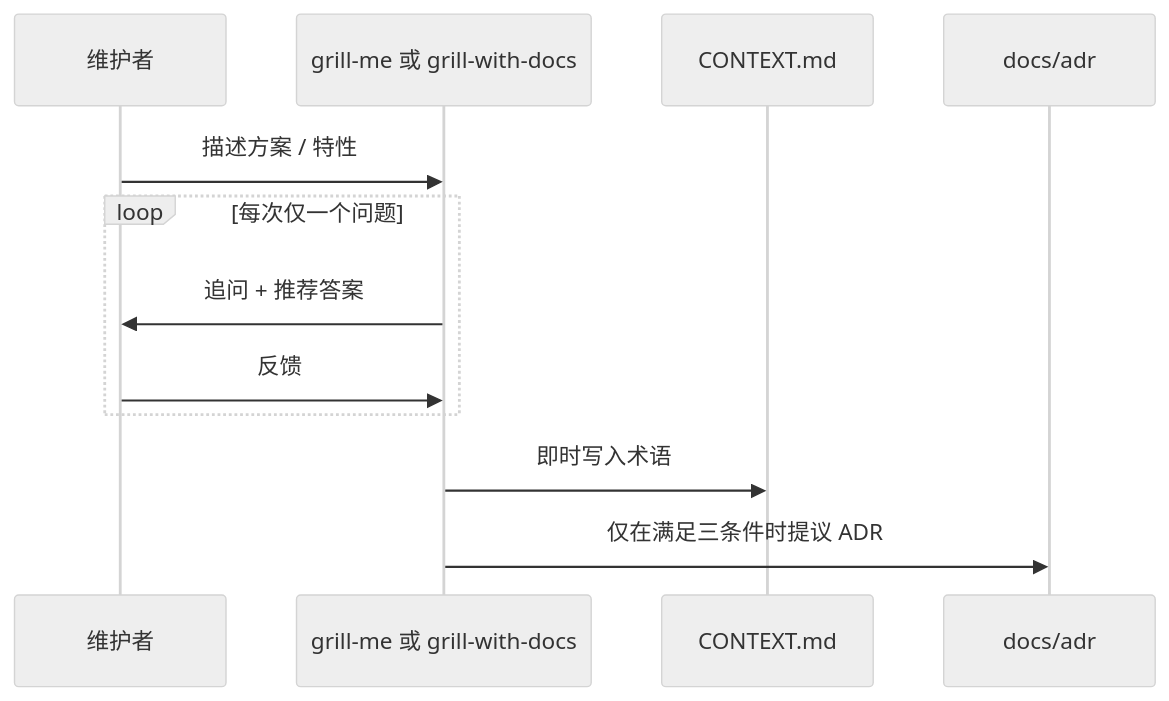
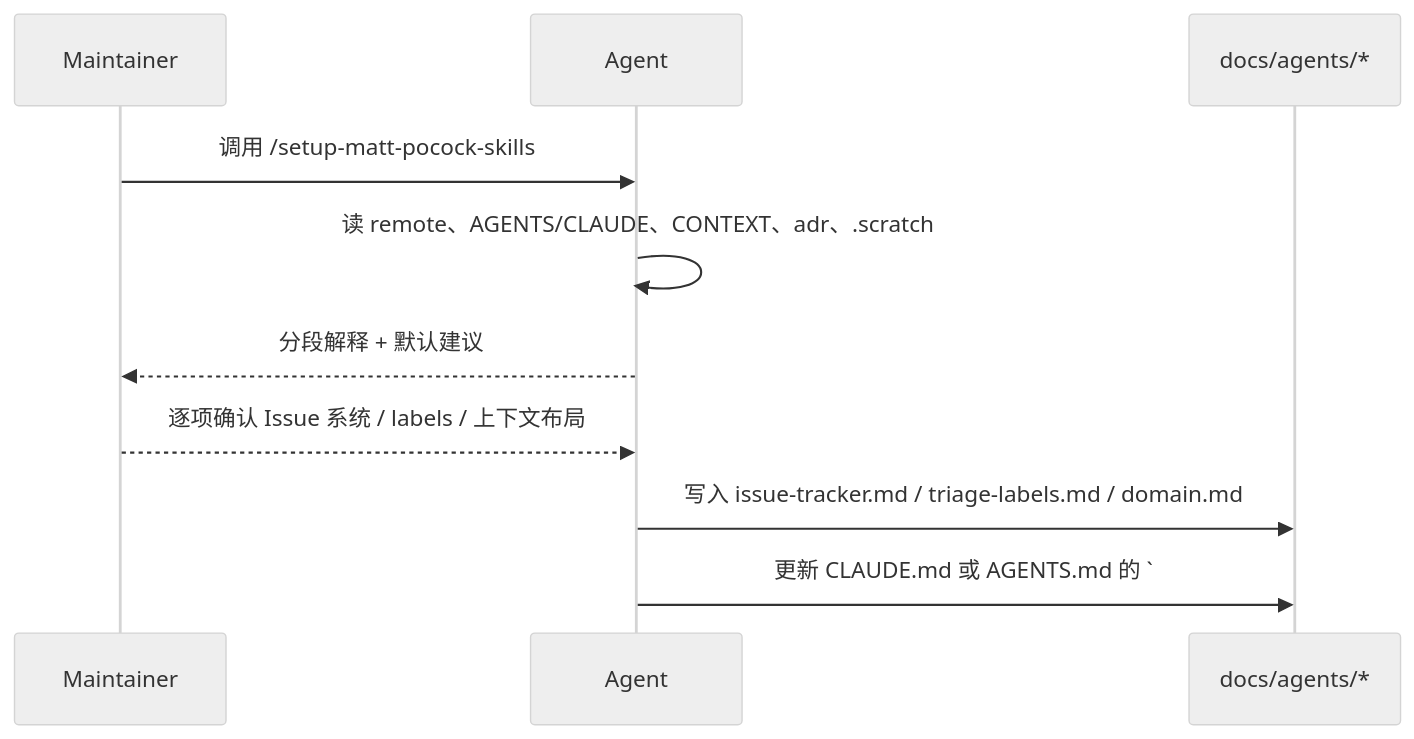
The fifth of 7 diagrams in project-wiki/skills/exports/full-wiki.md (dragonforce2010/awesome-ai-repos-deepwiki), drawn with Mermaid (neutral theme) before and after one commit. The commit also changed other lines of this file and 36 other files, not shown here.

````diff
--- a/project-wiki/skills/exports/full-wiki.md
+++ b/project-wiki/skills/exports/full-wiki.md
@@ -547,14 +678,12 @@
 ```mermaid
 sequenceDiagram
-  participant U as 维护者
-  participant G as grill-me 或 grill-with-docs
-  participant C as CONTEXT.md
-  participant A as docs/adr
-  U->>G: 描述方案 / 特性
-  loop 每次仅一个问题
-    G->>U: 追问 + 推荐答案
-    U->>G: 反馈
-  end
-  G->>C: 即时写入术语
-  G->>A: 仅在满足三条件时提议 ADR
+  participant U as Maintainer
+  participant A as Agent
+  participant FS as docs/agents/*
+  U->>A: 调用 /setup-matt-pocock-skills
+  A->>A: 读 remote、AGENTS/CLAUDE、CONTEXT、adr、.scratch
+  A-->>U: 分段解释 + 默认建议
+  U-->>A: 逐项确认 Issue 系统 / labels / 上下文布局
+  A->>FS: 写入 issue-tracker.md / triage-labels.md / domain.md
+  A->>FS: 更新 CLAUDE.md 或 AGENTS.md 的 `## Agent skills` 块
 ```
````
